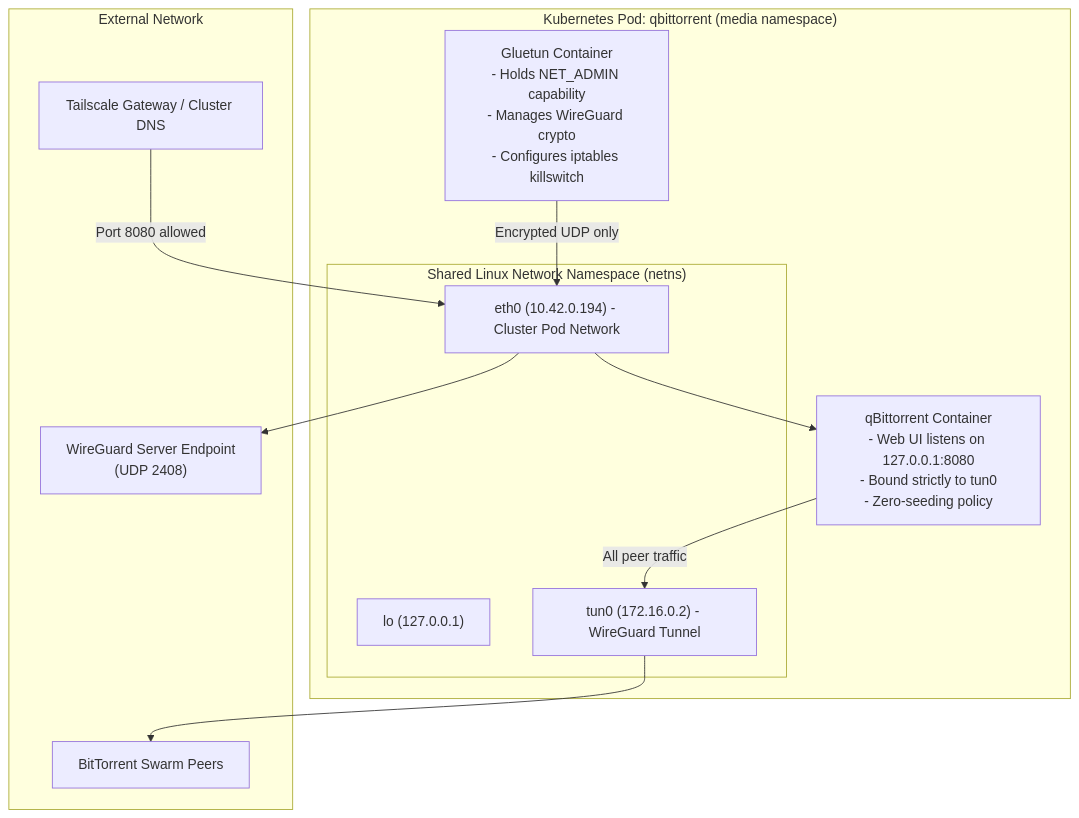
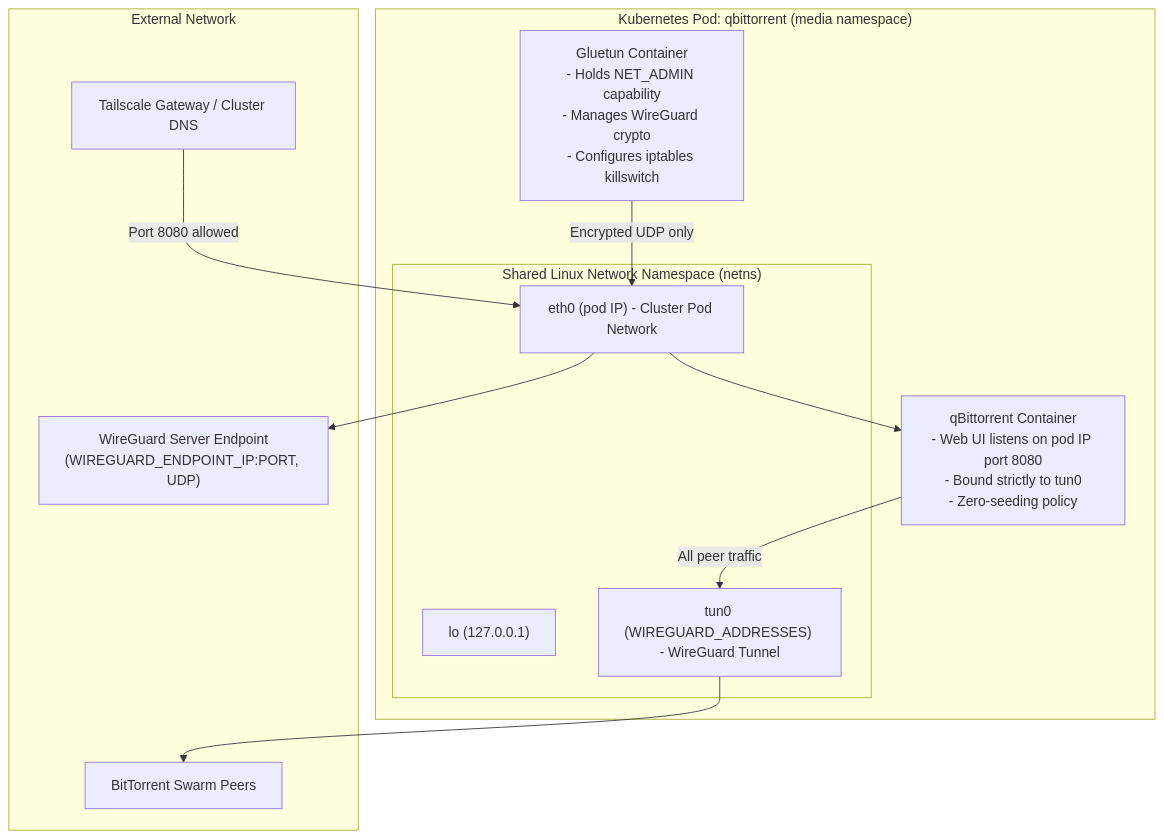
The first of 3 diagrams in docs/src/content/docs/explanation/media-vpn-architecture.md (nsudhanva/homelab), drawn with Mermaid before and after one commit. The commit also changed other lines of this file and 46 other files, not shown here.

````diff
--- a/docs/src/content/docs/explanation/media-vpn-architecture.md
+++ b/docs/src/content/docs/explanation/media-vpn-architecture.md
@@ -18,23 +18,23 @@
 ```mermaid
 flowchart TB
   subgraph Pod["Kubernetes Pod: qbittorrent (media namespace)"]
     subgraph NetNS["Shared Linux Network Namespace (netns)"]
       Loopback["lo (127.0.0.1)"]
-      Eth0["eth0 (10.42.0.194) - Cluster Pod Network"]
-      Tun0["tun0 (172.16.0.2) - WireGuard Tunnel"]
+      Eth0["eth0 (pod IP) - Cluster Pod Network"]
+      Tun0["tun0 (WIREGUARD_ADDRESSES) - WireGuard Tunnel"]
     end
 
     Gluetun["Gluetun Container\n- Holds NET_ADMIN capability\n- Manages WireGuard crypto\n- Configures iptables killswitch"]
-    Qbit["qBittorrent Container\n- Web UI listens on 127.0.0.1:8080\n- Bound strictly to tun0\n- Zero-seeding policy"]
+    Qbit["qBittorrent Container\n- Web UI listens on pod IP port 8080\n- Bound strictly to tun0\n- Zero-seeding policy"]
   end
 
   subgraph External["External Network"]
-    WGServer["WireGuard Server Endpoint\n(UDP 2408)"]
+    WGServer["WireGuard Server Endpoint\n(WIREGUARD_ENDPOINT_IP:PORT, UDP)"]
     Swarm["BitTorrent Swarm Peers"]
     Gateway["Tailscale Gateway / Cluster DNS"]
   end
 
   Gluetun -- "Encrypted UDP only" --> Eth0 --> WGServer
   Qbit -- "All peer traffic" --> Tun0 --> Swarm
   Gateway -- "Port 8080 allowed" --> Eth0 --> Qbit
 ```
````
